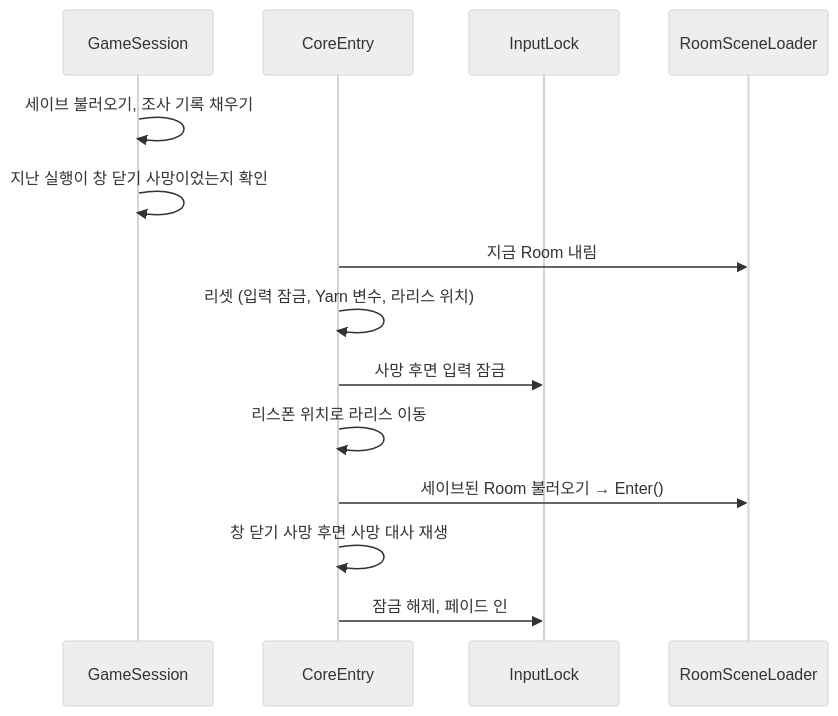
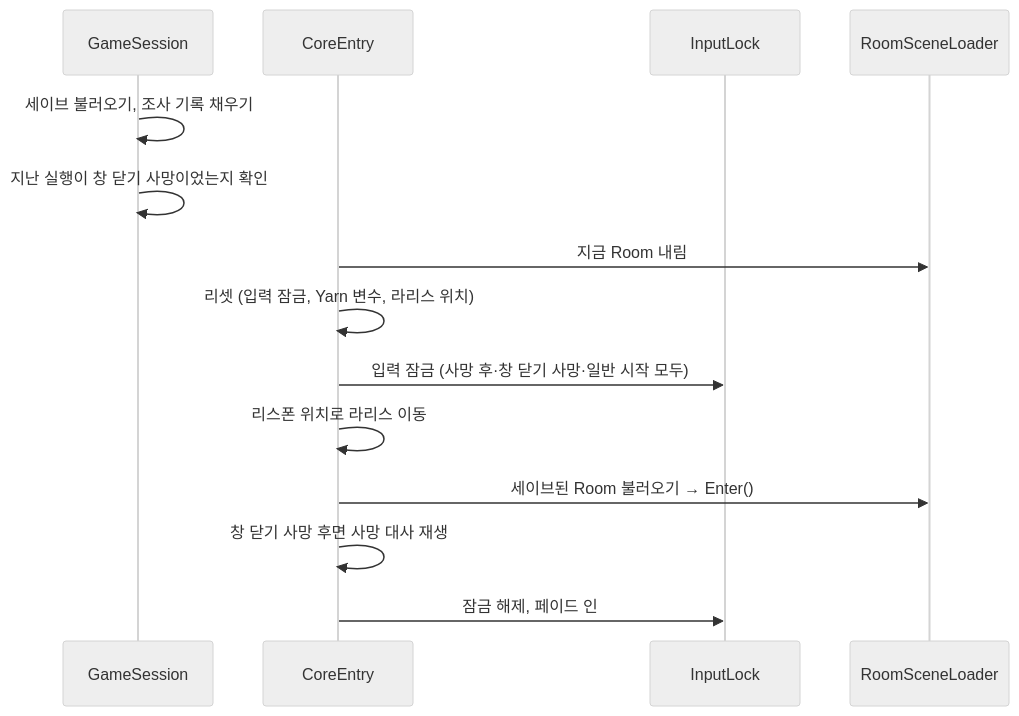
Before and after one commit to GaaamJ/Gaze: the diagram in Docs/기획서/시스템/세션 시스템.md, drawn with Mermaid (neutral theme). The commit also changed other lines of this file and 1 other file, not shown here.

````diff
--- a/Docs/기획서/시스템/세션 시스템.md
+++ b/Docs/기획서/시스템/세션 시스템.md
@@ -30,17 +32,17 @@
 ```mermaid
 sequenceDiagram
     participant G as GameSession
     participant C as CoreEntry
     participant L as InputLock
     participant R as RoomSceneLoader
 
     G->>G: 세이브 불러오기, 조사 기록 채우기
     G->>G: 지난 실행이 창 닫기 사망이었는지 확인
     C->>R: 지금 Room 내림
     C->>C: 리셋 (입력 잠금, Yarn 변수, 라리스 위치)
-    C->>L: 사망 후면 입력 잠금
+    C->>L: 입력 잠금 (사망 후·창 닫기 사망·일반 시작 모두)
     C->>C: 리스폰 위치로 라리스 이동
     C->>R: 세이브된 Room 불러오기 → Enter()
     C->>C: 창 닫기 사망 후면 사망 대사 재생
     C->>L: 잠금 해제, 페이드 인
 ```
````
